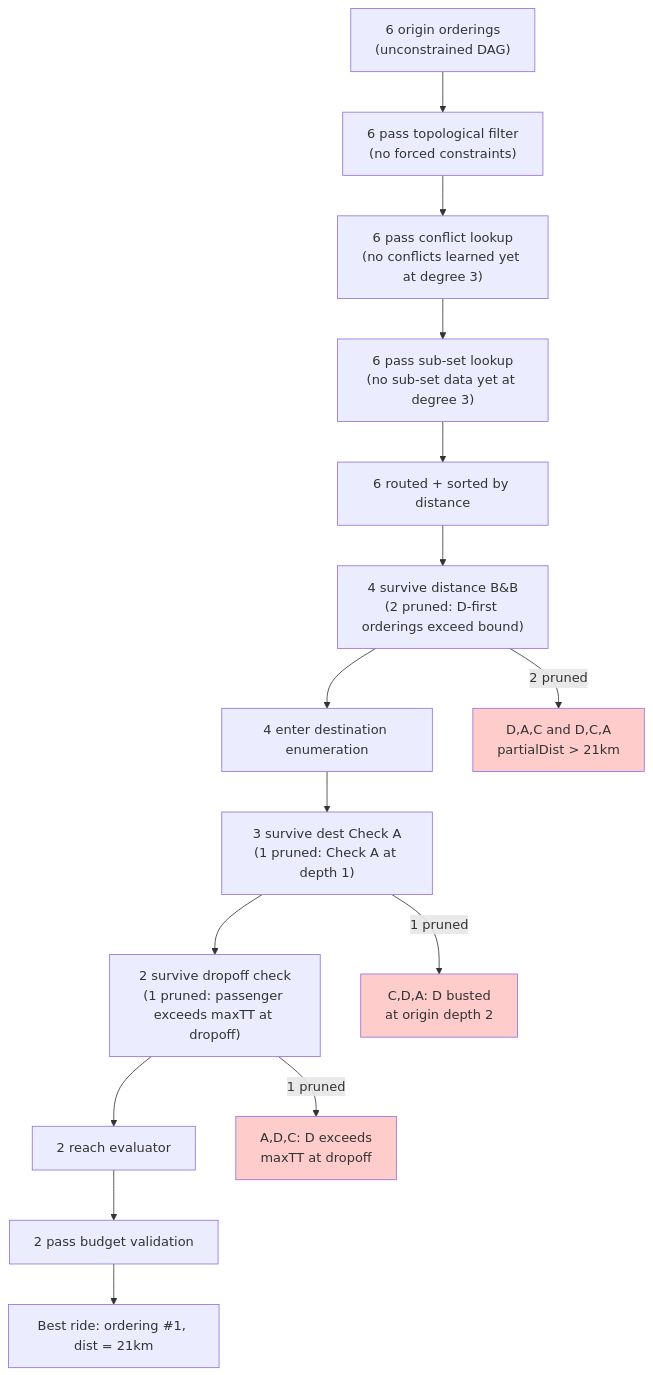
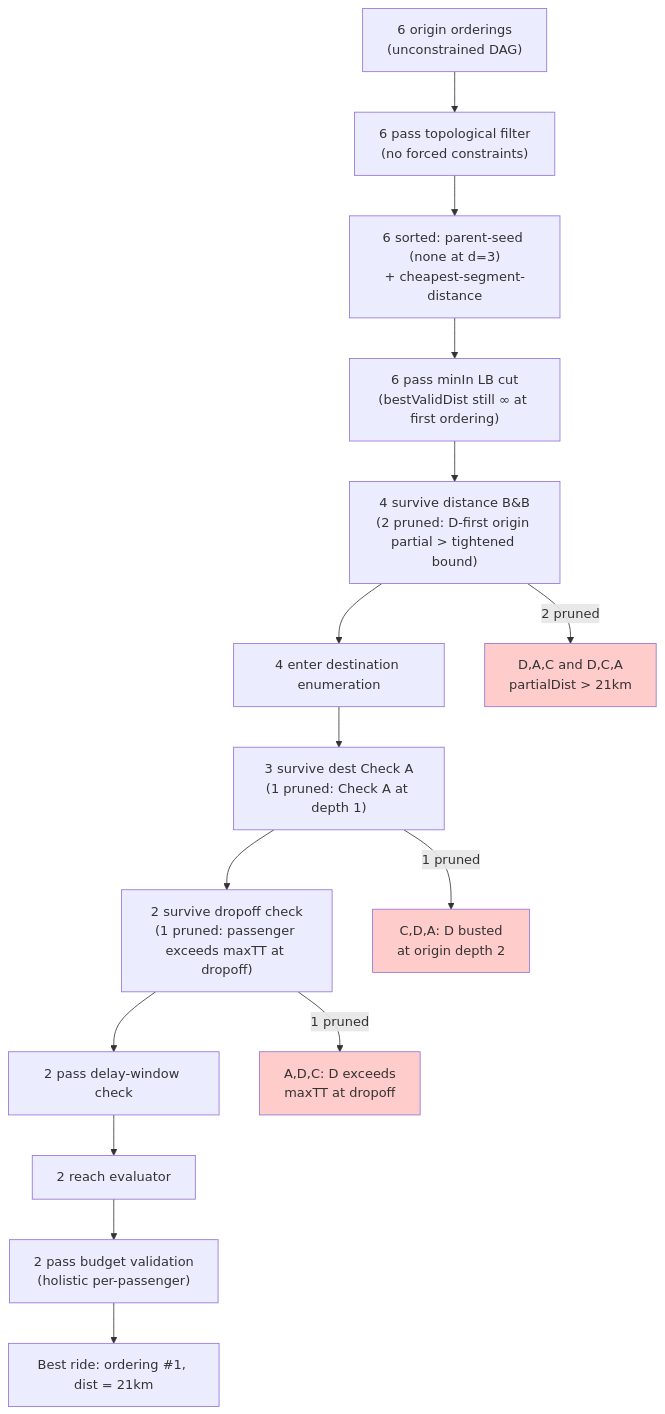
Diagram 23 of 23 in contribs/drt-demand-extraction/docs/drt-demand-extraction-architecture.md (Chrigarr9/matsim-libs), drawn with Mermaid before and after one commit. The commit also changed other lines of this file, not shown here.

First line of the commit message:
docs: rewrite drt-demand-extraction-architecture.md to current code-truth

````diff
--- a/contribs/drt-demand-extraction/docs/drt-demand-extraction-architecture.md
+++ b/contribs/drt-demand-extraction/docs/drt-demand-extraction-architecture.md
@@ -1321,36 +1170,36 @@
 ```mermaid
 flowchart TD
     ALL["6 origin orderings<br/>(unconstrained DAG)"]
     
     TOPO["6 pass topological filter<br/>(no forced constraints)"]
     
-    CONFLICT["6 pass conflict lookup<br/>(no conflicts learned yet at degree 3)"]
+    SORT["6 sorted: parent-seed (none at d=3)<br/>+ cheapest-segment-distance"]
     
-    SUBSET["6 pass sub-set lookup<br/>(no sub-set data yet at degree 3)"]
+    MININ["6 pass minIn LB cut<br/>(bestValidDist still ∞ at first ordering)"]
     
-    ROUTE["6 routed + sorted by distance"]
-    
-    BB["4 survive distance B&B<br/>(2 pruned: D-first orderings exceed bound)"]
+    BB["4 survive distance B&B<br/>(2 pruned: D-first origin partial &gt; tightened bound)"]
     
     DEST["4 enter destination enumeration"]
     
     CHECKA_DEST["3 survive dest Check A<br/>(1 pruned: Check A at depth 1)"]
     
     DROP["2 survive dropoff check<br/>(1 pruned: passenger exceeds maxTT at dropoff)"]
     
+    DELAY_OK["2 pass delay-window check"]
+    
     EVAL["2 reach evaluator"]
     
-    BUDGET["2 pass budget validation"]
+    BUDGET["2 pass budget validation<br/>(holistic per-passenger)"]
     
     BEST["Best ride: ordering #1, dist = 21km"]
     
-    ALL --> TOPO --> CONFLICT --> SUBSET --> ROUTE --> BB --> DEST --> CHECKA_DEST --> DROP --> EVAL --> BUDGET --> BEST
+    ALL --> TOPO --> SORT --> MININ --> BB --> DEST --> CHECKA_DEST --> DROP --> DELAY_OK --> EVAL --> BUDGET --> BEST
     
     BB -->|"2 pruned"| P1["D,A,C and D,C,A<br/>partialDist > 21km"]
     CHECKA_DEST -->|"1 pruned"| P2["C,D,A: D busted<br/>at origin depth 2"]
     DROP -->|"1 pruned"| P3["A,D,C: D exceeds<br/>maxTT at dropoff"]
     
     style P1 fill:#fcc
     style P2 fill:#fcc
     style P3 fill:#fcc
 ```
````
